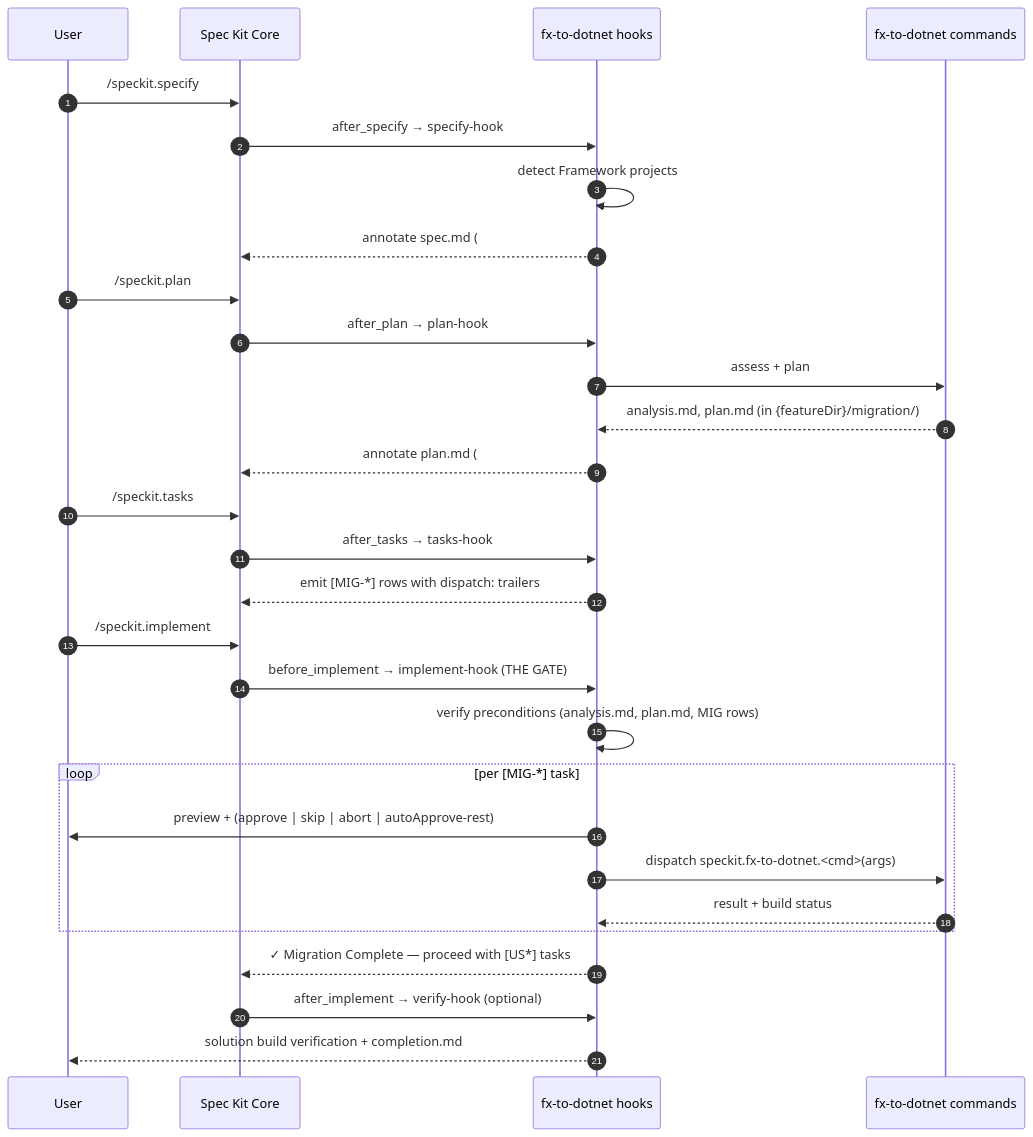
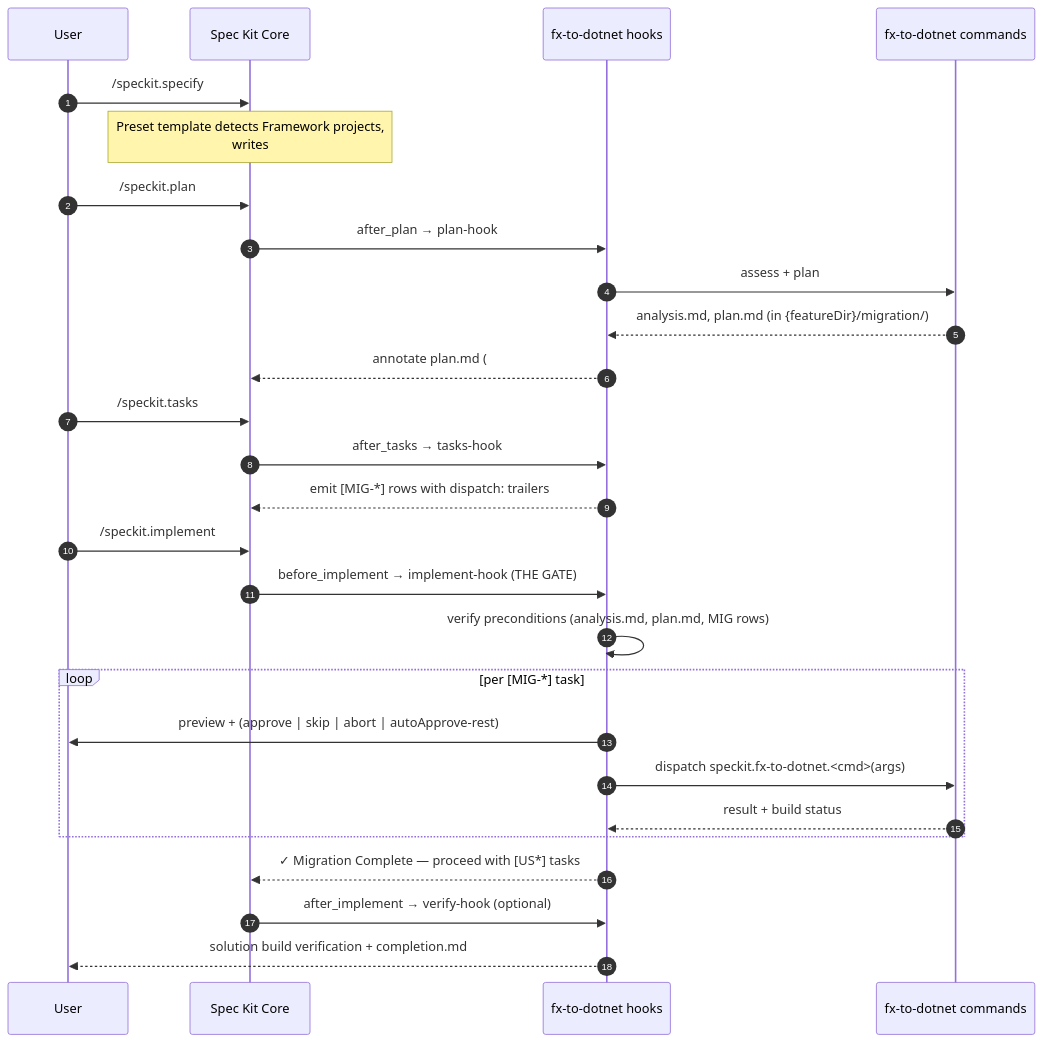
The second of 5 diagrams in README.md (RogerBestMsft/spec-kit-FxToNet), drawn with Mermaid before and after one commit. The commit also changed other lines of this file and 8 other files, not shown here.

````diff
--- a/README.md
+++ b/README.md
@@ -67,35 +67,33 @@
 ```mermaid
 sequenceDiagram
     autonumber
     participant U as User
     participant Core as Spec Kit Core
     participant Hooks as fx-to-dotnet hooks
     participant Cmds as fx-to-dotnet commands
 
     U->>Core: /speckit.specify
-    Core->>Hooks: after_specify → specify-hook
-    Hooks->>Hooks: detect Framework projects
-    Hooks-->>Core: annotate spec.md (## Migration Context Detected)
+    Note over Core: Preset template detects Framework projects,<br/>writes ## Migration Context to spec.md
 
     U->>Core: /speckit.plan
     Core->>Hooks: after_plan → plan-hook
     Hooks->>Cmds: assess + plan
     Cmds-->>Hooks: analysis.md, plan.md (in {featureDir}/migration/)
     Hooks-->>Core: annotate plan.md (## .NET Migration Plan)
 
     U->>Core: /speckit.tasks
     Core->>Hooks: after_tasks → tasks-hook
     Hooks-->>Core: emit [MIG-*] rows with dispatch: trailers
 
     U->>Core: /speckit.implement
     Core->>Hooks: before_implement → implement-hook (THE GATE)
     Hooks->>Hooks: verify preconditions (analysis.md, plan.md, MIG rows)
     loop per [MIG-*] task
         Hooks->>U: preview + (approve | skip | abort | autoApprove-rest)
         Hooks->>Cmds: dispatch speckit.fx-to-dotnet.<cmd>(args)
         Cmds-->>Hooks: result + build status
     end
     Hooks-->>Core: ✓ Migration Complete — proceed with [US*] tasks
     Core->>Hooks: after_implement → verify-hook (optional)
     Hooks-->>U: solution build verification + completion.md
 ```
````
